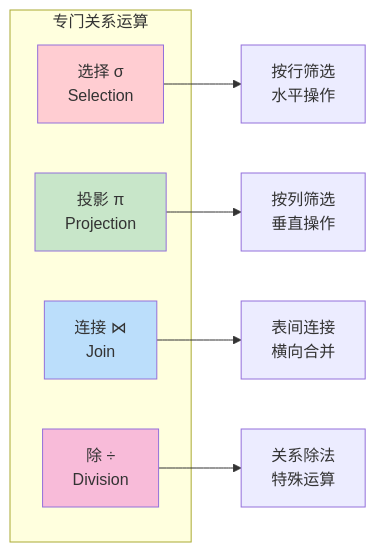
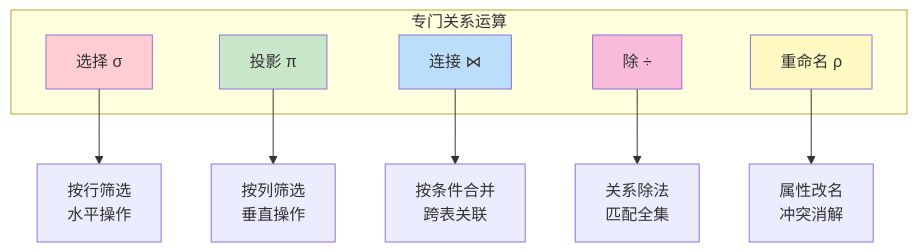
Before and after one commit to guangxiangdebizi/Year3-Sem1-Computer-Science-Notes: the sixth of 13 diagrams in 数据库原理/第2章_关系数据库.md, drawn with Mermaid. The commit also changed other lines of this file, not shown here.

````diff
--- a/数据库原理/第2章_关系数据库.md
+++ b/数据库原理/第2章_关系数据库.md
@@ -186,19 +215,22 @@
 ```mermaid
-graph LR
+graph TB
     subgraph "专门关系运算"
-        A[选择 σ<br/>Selection]
-        B[投影 π<br/>Projection]
-        C[连接 ⋈<br/>Join]
-        D[除 ÷<br/>Division]
+        A[选择 σ]
+        B[投影 π]
+        C[连接 ⋈]
+        D[除 ÷]
+        E[重命名 ρ]
     end
-    
+
     A --> A1[按行筛选<br/>水平操作]
     B --> B1[按列筛选<br/>垂直操作]
-    C --> C1[表间连接<br/>横向合并]
-    D --> D1[关系除法<br/>特殊运算]
-    
+    C --> C1[按条件合并<br/>跨表关联]
+    D --> D1[关系除法<br/>匹配全集]
+    E --> E1[属性改名<br/>冲突消解]
+
     style A fill:#ffcdd2
     style B fill:#c8e6c9
     style C fill:#bbdefb
     style D fill:#f8bbd9
+    style E fill:#fff9c4
 ```
````
